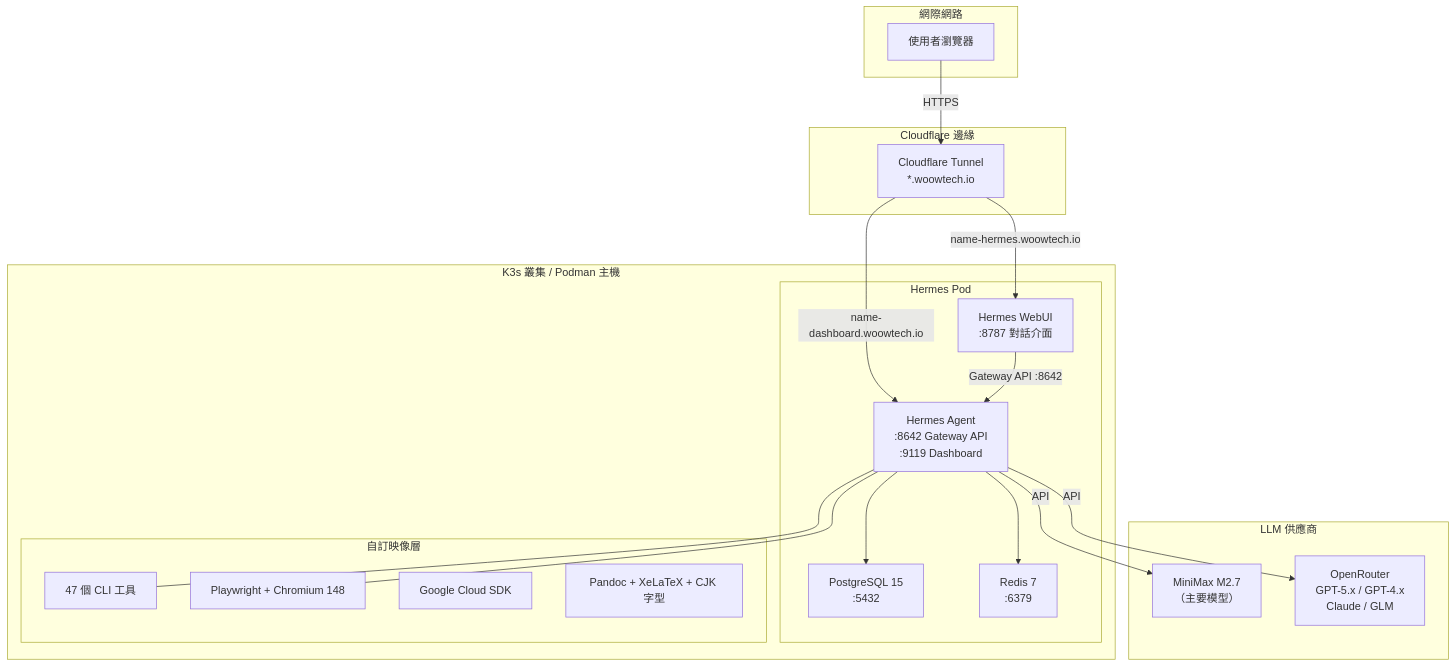
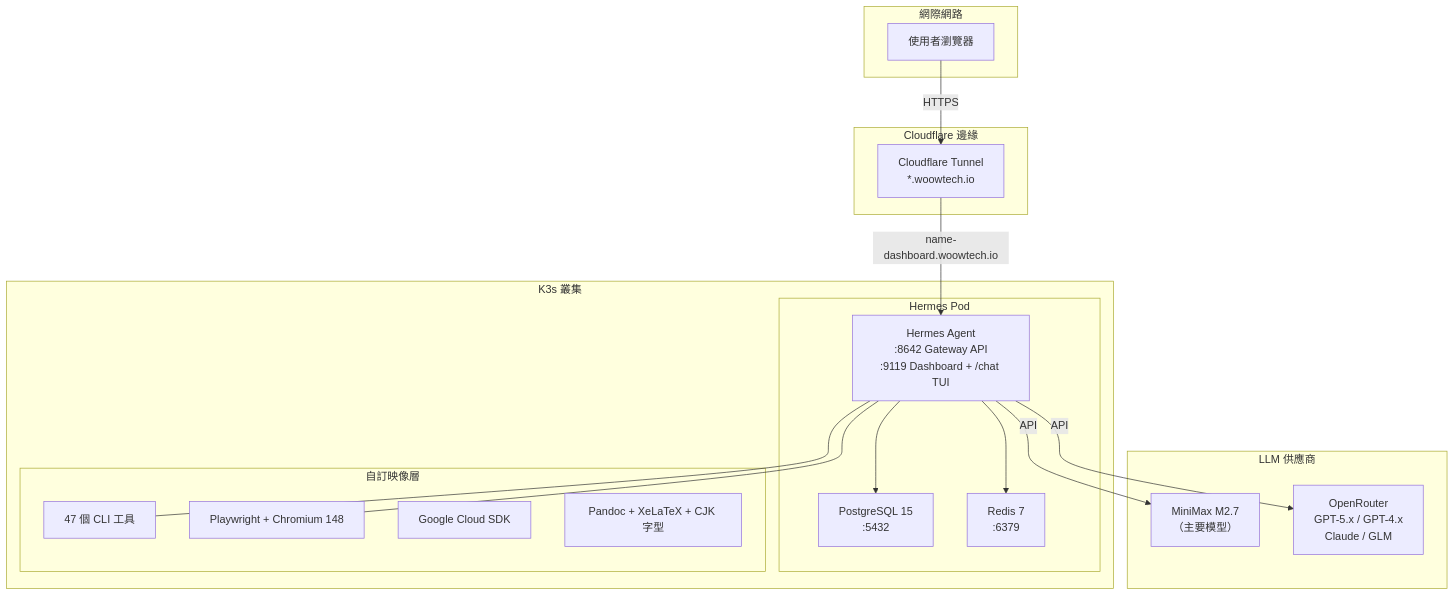
The first of 5 diagrams in README_zh-TW.md (WOOWTECH/Woow_k3s_hermes), drawn with Mermaid before and after one commit. The commit also changed other lines of this file and 4 other files, not shown here.

First line of the commit message:
docs: single-container architecture — README EN/ZH, troubleshooting rewrite, migration guide

````diff
--- a/README_zh-TW.md
+++ b/README_zh-TW.md
@@ -97,42 +97,39 @@
 ```mermaid
 graph TB
     subgraph Internet["網際網路"]
         User["使用者瀏覽器"]
     end
 
     subgraph CF["Cloudflare 邊緣"]
         Tunnel["Cloudflare Tunnel<br/>*.woowtech.io"]
     end
 
-    subgraph Cluster["K3s 叢集 / Podman 主機"]
+    subgraph Cluster["K3s 叢集"]
         subgraph Pod["Hermes Pod"]
-            WebUI["Hermes WebUI<br/>:8787 對話介面"]
-            Agent["Hermes Agent<br/>:8642 Gateway API<br/>:9119 Dashboard"]
+            Agent["Hermes Agent<br/>:8642 Gateway API<br/>:9119 Dashboard + /chat TUI"]
             PG["PostgreSQL 15<br/>:5432"]
             Redis["Redis 7<br/>:6379"]
         end
 
         subgraph Custom["自訂映像層"]
             CLI["47 個 CLI 工具"]
             PW["Playwright + Chromium 148"]
             GC["Google Cloud SDK"]
             Content["Pandoc + XeLaTeX + CJK 字型"]
         end
     end
 
     subgraph LLM["LLM 供應商"]
         MM["MiniMax M2.7<br/>（主要模型）"]
         OR["OpenRouter<br/>GPT-5.x / GPT-4.x<br/>Claude / GLM"]
     end
 
     User -->|HTTPS| Tunnel
-    Tunnel -->|"name-hermes.woowtech.io"| WebUI
     Tunnel -->|"name-dashboard.woowtech.io"| Agent
-    WebUI -->|Gateway API :8642| Agent
     Agent --> PG
     Agent --> Redis
     Agent -->|API| MM
     Agent -->|API| OR
     Agent --- CLI
     Agent --- PW
 ```
````
